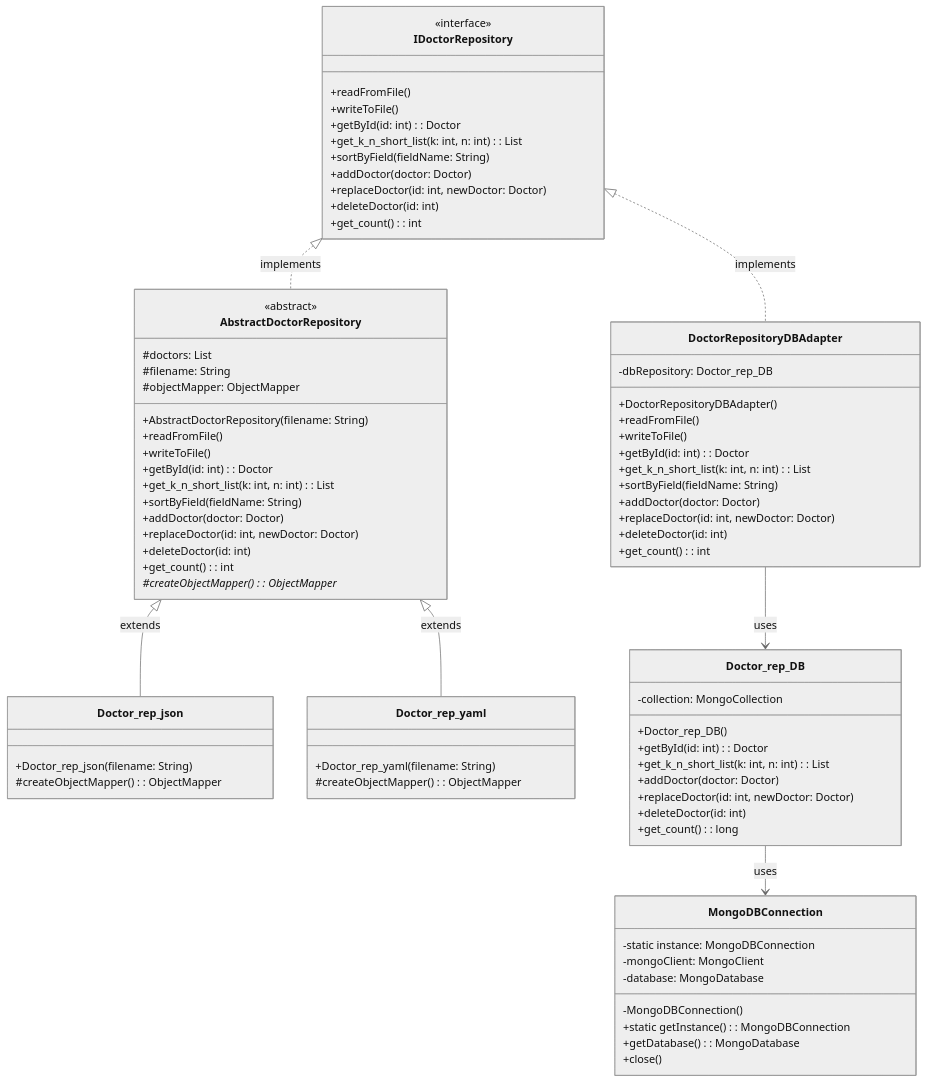
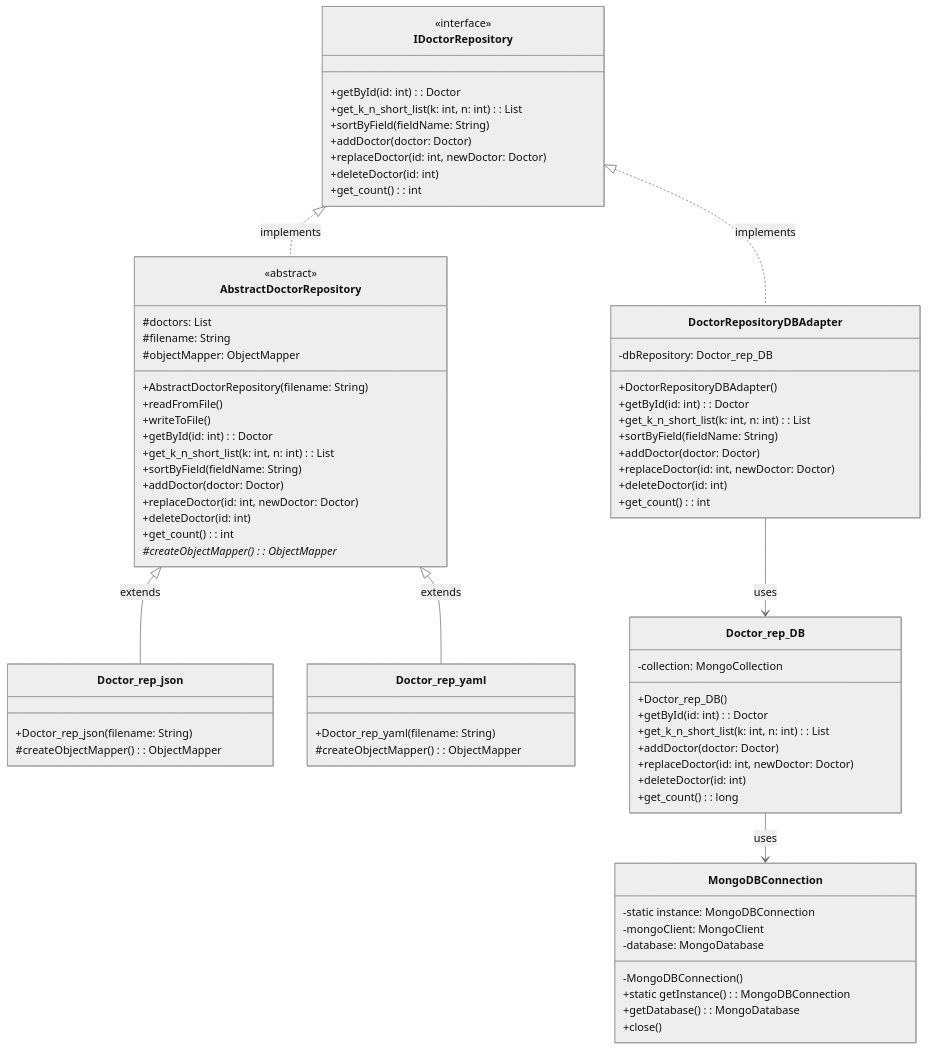
The third of 3 diagrams in README.md (0xEodum/OOP), drawn with Mermaid (neutral theme) before and after one commit. The commit also changed 20 other files, not shown here.

First line of the commit message:
LW2_T6_UpdateParsingClassDiagram

```diff
--- a/README.md
+++ b/README.md
@@ -119,8 +119,6 @@
 classDiagram
     class IDoctorRepository {
         <<interface>>
-        +readFromFile()
-        +writeToFile()
         +getById(id: int): Doctor
         +get_k_n_short_list(k: int, n: int): List<BriefDoctor>
         +sortByField(fieldName: String)
@@ -182,8 +180,6 @@
     class DoctorRepositoryDBAdapter {
         -dbRepository: Doctor_rep_DB
         +DoctorRepositoryDBAdapter()
-        +readFromFile()
-        +writeToFile()
         +getById(id: int): Doctor
         +get_k_n_short_list(k: int, n: int): List<BriefDoctor>
         +sortByField(fieldName: String)
```
